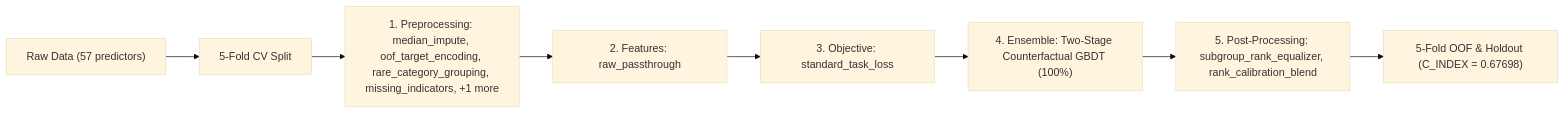
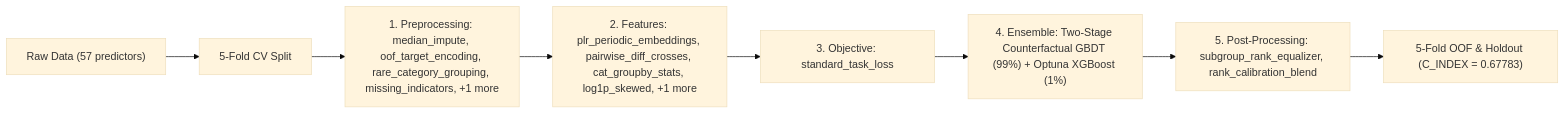
Before and after one commit to stefanoclss/CIBMTR-Equity-in-Post-HCT-Survival-Predictions: the diagram in README.md, drawn with Mermaid (base theme). The commit also changed other lines of this file, not shown here.

First line of the commit message:
docs(readme): refresh verified OOF benchmark & build ledger (C_INDEX=0.67783)

````diff
--- a/README.md
+++ b/README.md
@@ -140,10 +141,10 @@
 ```mermaid
 flowchart LR
     DATA["Raw Data (57 predictors)"] --> SPLIT["5-Fold CV Split"]
     SPLIT --> PRE["1. Preprocessing: median_impute, oof_target_encoding, rare_category_grouping, missing_indicators, +1 more"]
-    PRE --> FEAT["2. Features: raw_passthrough"]
+    PRE --> FEAT["2. Features: plr_periodic_embeddings, pairwise_diff_crosses, cat_groupby_stats, log1p_skewed, +1 more"]
     FEAT --> OBJ["3. Objective: standard_task_loss"]
-    OBJ --> M0["4. Ensemble: Two-Stage Counterfactual GBDT (100%)"]
+    OBJ --> M0["4. Ensemble: Two-Stage Counterfactual GBDT (99%) + Optuna XGBoost (1%)"]
     M0 --> POST["5. Post-Processing: subgroup_rank_equalizer, rank_calibration_blend"]
-    POST --> OUT["5-Fold OOF & Holdout (C_INDEX = 0.67698)"]
+    POST --> OUT["5-Fold OOF & Holdout (C_INDEX = 0.67783)"]
 ```
````
